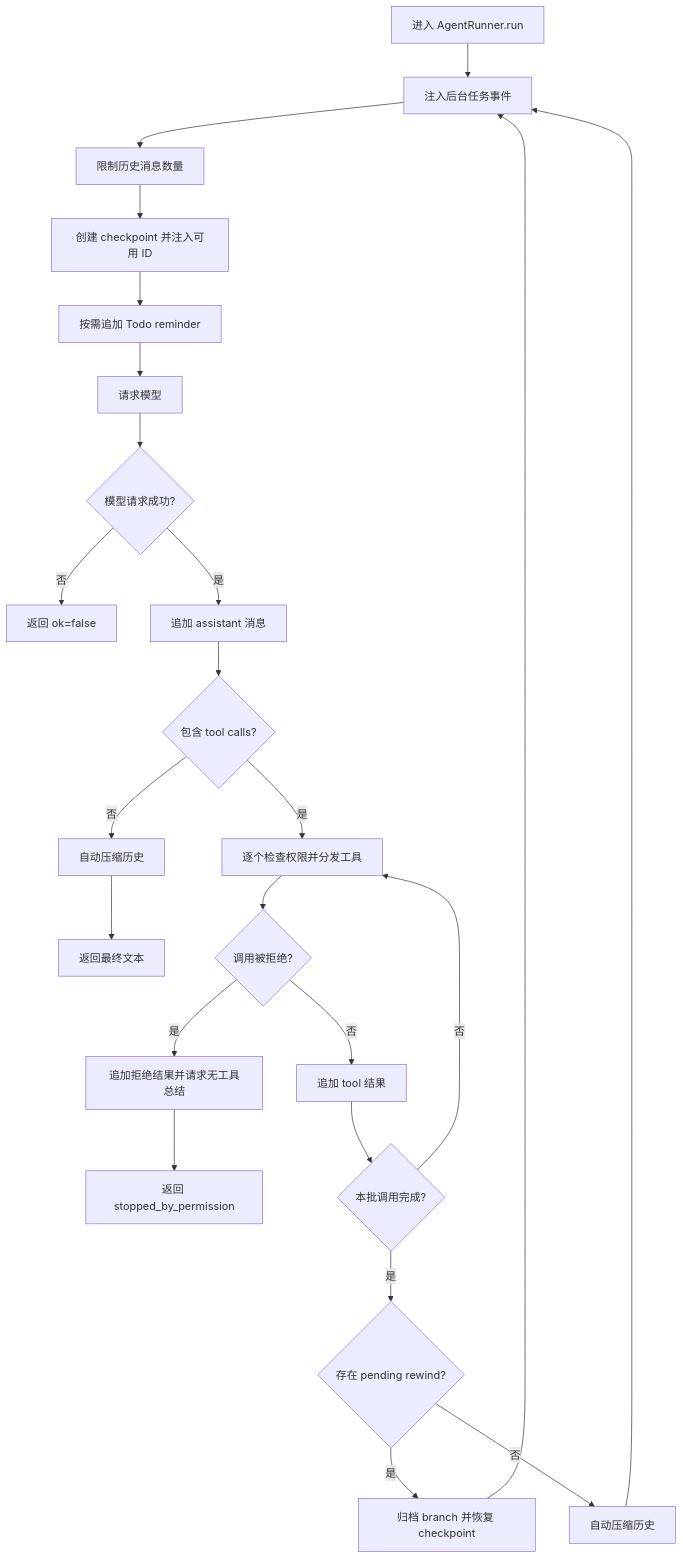
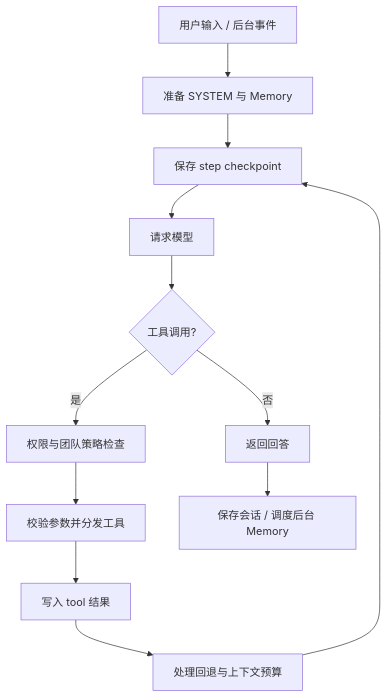
Before and after one commit to Alex-J4096/swe-agent: the second of 4 diagrams in docs/ARCHITECTURE.md, drawn with Mermaid. The commit also changed other lines of this file and 6 other files, not shown here.

Commit message:
docs: consolidate guides and replace stale behavior with concise diagrams

````diff
--- a/docs/ARCHITECTURE.md
+++ b/docs/ARCHITECTURE.md
@@ -899,26 +33,14 @@
 ```mermaid
 flowchart TD
-    A[进入 AgentRunner.run] --> B[注入后台任务事件]
-    B --> C[限制历史消息数量]
-    C --> C2[创建 checkpoint 并注入可用 ID]
-    C2 --> D[按需追加 Todo reminder]
-    D --> E[请求模型]
-    E --> F{模型请求成功?}
-    F -->|否| G[返回 ok=false]
-    F -->|是| H[追加 assistant 消息]
-    H --> I{包含 tool calls?}
-    I -->|否| J[自动压缩历史]
-    J --> K[返回最终文本]
-    I -->|是| L[逐个检查权限并分发工具]
-    L --> M{调用被拒绝?}
-    M -->|是| N[追加拒绝结果并请求无工具总结]
-    N --> O[返回 stopped_by_permission]
-    M -->|否| P[追加 tool 结果]
-    P --> Q{本批调用完成?}
-    Q -->|否| L
-    Q -->|是| Q2{存在 pending rewind?}
-    Q2 -->|是| Q3[归档 branch 并恢复 checkpoint]
-    Q3 --> B
-    Q2 -->|否| R[自动压缩历史]
-    R --> B
+    A[用户输入 / 后台事件] --> B[准备 SYSTEM 与 Memory]
+    B --> C[保存 step checkpoint]
+    C --> D[请求模型]
+    D --> E{工具调用?}
+    E -->|否| F[返回回答]
+    E -->|是| G[权限与团队策略检查]
+    G --> H[校验参数并分发工具]
+    H --> I[写入 tool 结果]
+    I --> J[处理回退与上下文预算]
+    J --> C
+    F --> K[保存会话 / 调度后台 Memory]
 ```
````
